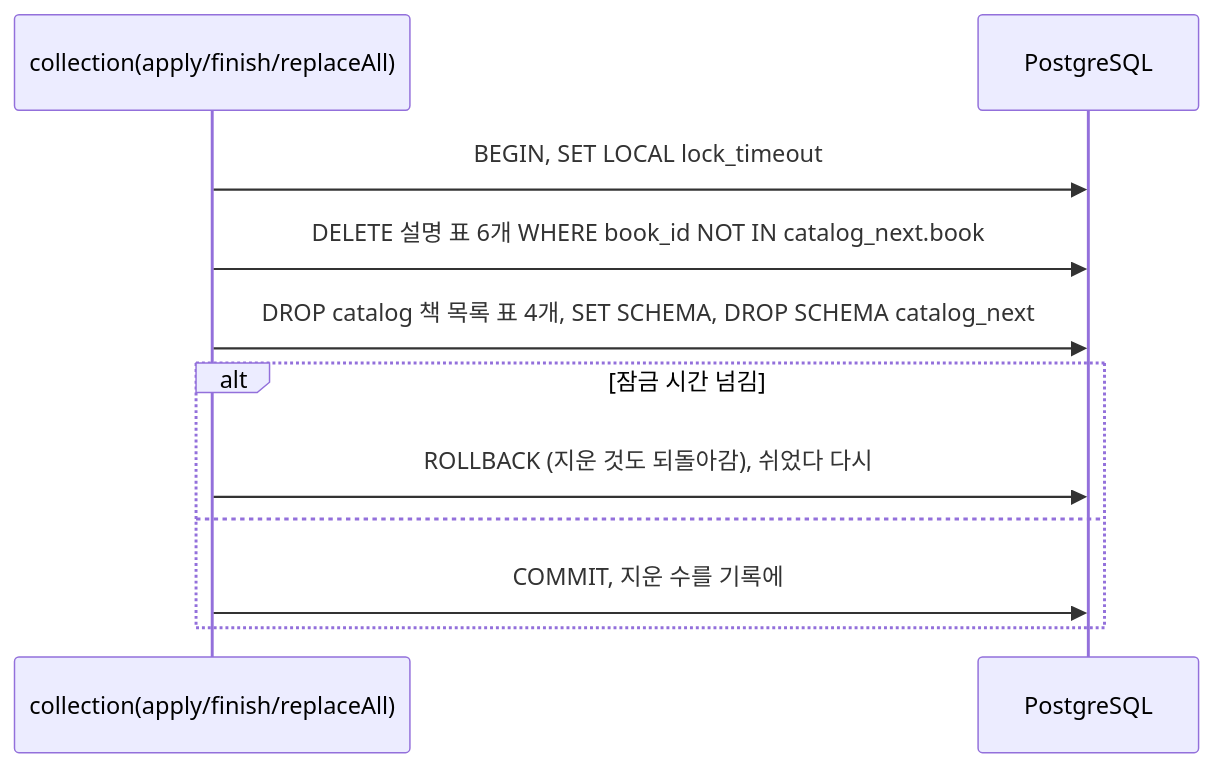
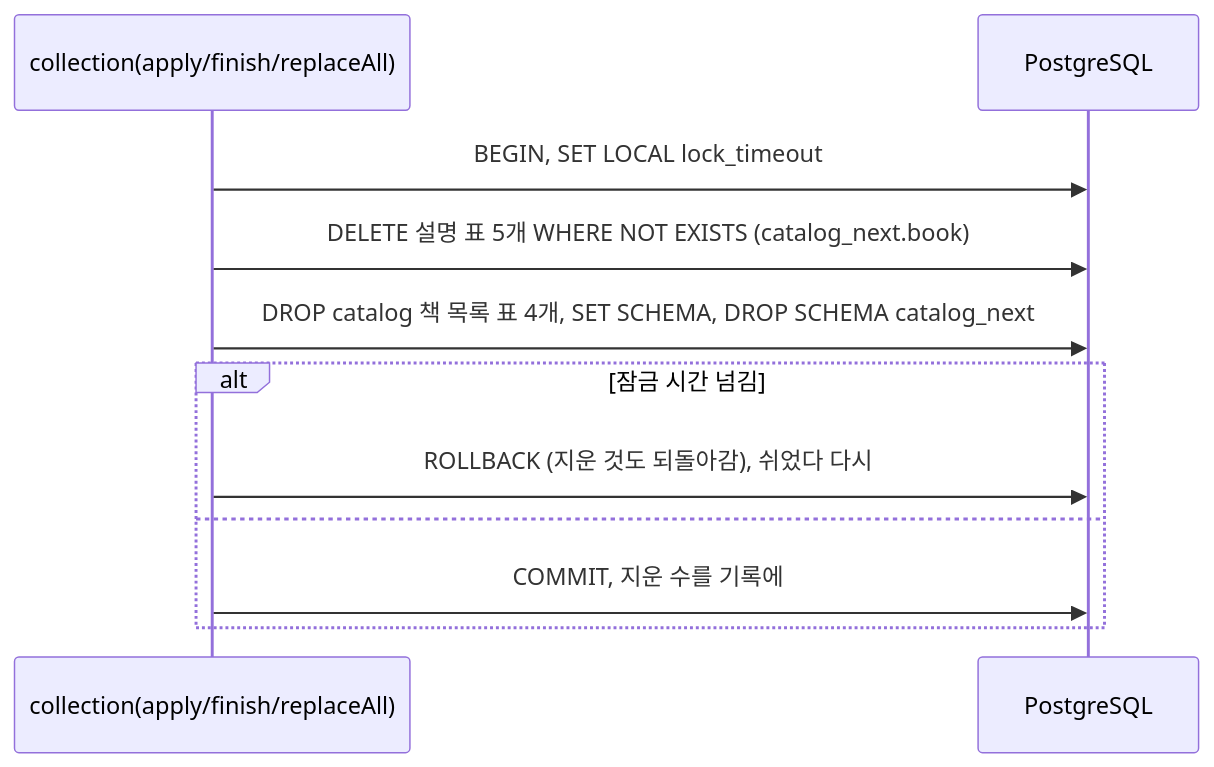
Before and after one commit to hodu-sketch/chaekcheck-plan: the third of 6 diagrams in docs/cycles/26-book-descriptions/design-delta.md, drawn with Mermaid. The commit also changed other lines of this file and 6 other files, not shown here.

````diff
--- a/docs/cycles/26-book-descriptions/design-delta.md
+++ b/docs/cycles/26-book-descriptions/design-delta.md
@@ -50,13 +50,13 @@
 ```mermaid
 sequenceDiagram
   participant C as collection(apply/finish/replaceAll)
   participant DB as PostgreSQL
   C->>DB: BEGIN, SET LOCAL lock_timeout
-  C->>DB: DELETE 설명 표 6개 WHERE book_id NOT IN catalog_next.book
+  C->>DB: DELETE 설명 표 5개 WHERE NOT EXISTS (catalog_next.book)
   C->>DB: DROP catalog 책 목록 표 4개, SET SCHEMA, DROP SCHEMA catalog_next
   alt 잠금 시간 넘김
     C->>DB: ROLLBACK (지운 것도 되돌아감), 쉬었다 다시
   else
     C->>DB: COMMIT, 지운 수를 기록에
   end
 ```
````
